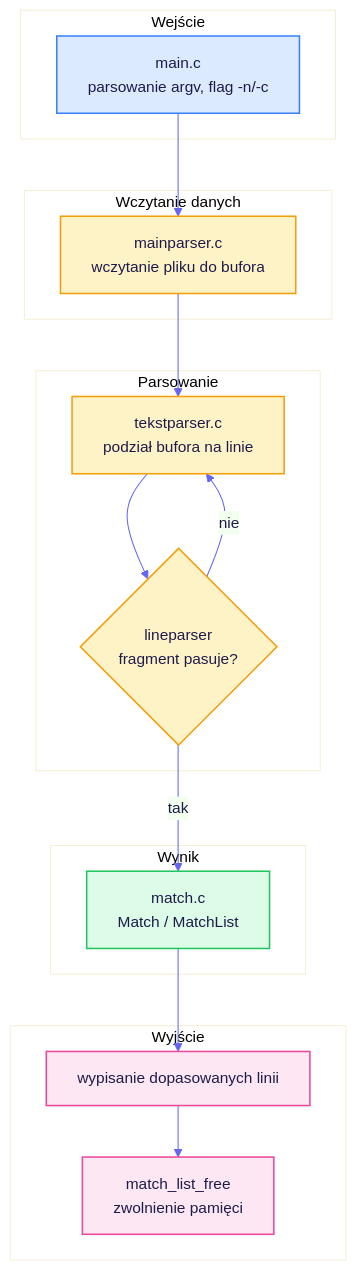
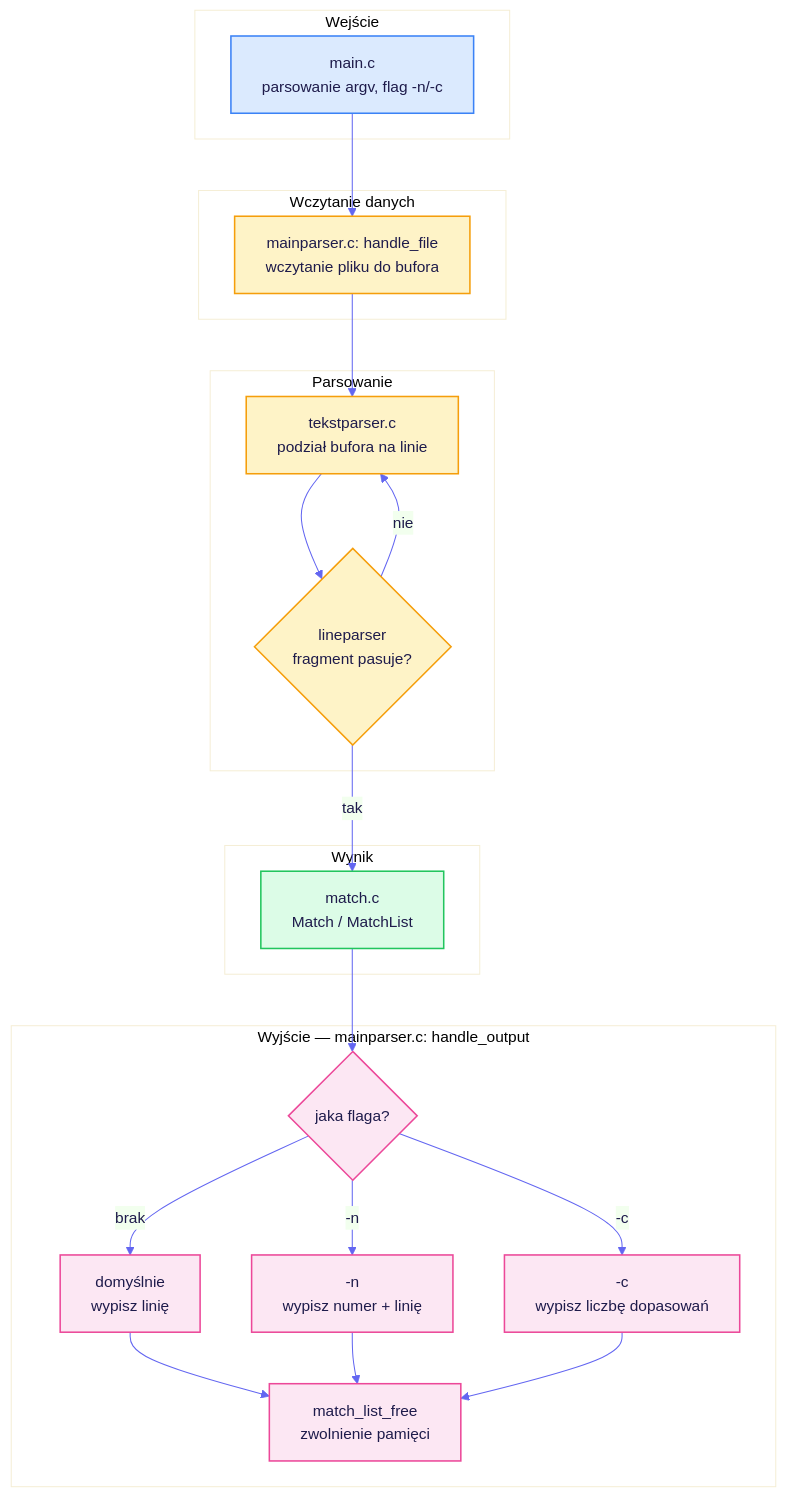
Before and after one commit to marotox123/meep: the second of 2 diagrams in README.md, drawn with Mermaid. The commit also changed other lines of this file and 1 other file, not shown here.

Commit message:
Zaimplementuj obsługę flag -n/-c i zaktualizuj README
mainparser.c: podział na handle_file (wczytanie pliku) i handle_output
(wypisywanie wyników zależne od flagi), przesunięcie argv o flagę.
README: opis użycia flag -n/-c i zaktualizowany diagram przepływu.

````diff
--- a/README.md
+++ b/README.md
@@ -99,46 +99,52 @@
 ```mermaid
 %%{init: {"theme": "base", "themeVariables": {
   "primaryColor": "#eef2ff",
   "primaryBorderColor": "#6366f1",
   "primaryTextColor": "#1e1b4b",
   "lineColor": "#6366f1",
   "fontSize": "15px"
 }}}%%
 flowchart TD
     subgraph IN["Wejście"]
         A["main.c<br/>parsowanie argv, flag -n/-c"]
     end
 
     subgraph READ["Wczytanie danych"]
-        B["mainparser.c<br/>wczytanie pliku do bufora"]
+        B["mainparser.c: handle_file<br/>wczytanie pliku do bufora"]
     end
 
     subgraph PARSE["Parsowanie"]
         C["tekstparser.c<br/>podział bufora na linie"]
         D{"lineparser<br/>fragment pasuje?"}
     end
 
     subgraph STORE["Wynik"]
         E["match.c<br/>Match / MatchList"]
     end
 
-    subgraph OUT["Wyjście"]
-        F["wypisanie dopasowanych linii"]
+    subgraph OUT["Wyjście — mainparser.c: handle_output"]
+        F{"jaka flaga?"}
+        F1["domyślnie<br/>wypisz linię"]
+        F2["-n<br/>wypisz numer + linię"]
+        F3["-c<br/>wypisz liczbę dopasowań"]
         G["match_list_free<br/>zwolnienie pamięci"]
     end
 
     A --> B --> C --> D
     D -- tak --> E
     D -- nie --> C
-    E --> F --> G
+    E --> F
+    F -- brak --> F1 --> G
+    F -- "-n" --> F2 --> G
+    F -- "-c" --> F3 --> G
 
     classDef input fill:#dbeafe,stroke:#3b82f6,stroke-width:1.5px;
     classDef parse fill:#fef3c7,stroke:#f59e0b,stroke-width:1.5px;
     classDef store fill:#dcfce7,stroke:#22c55e,stroke-width:1.5px;
     classDef output fill:#fce7f3,stroke:#ec4899,stroke-width:1.5px;
 
     class A input;
     class B,C,D parse;
     class E store;
-    class F,G output;
+    class F,F1,F2,F3,G output;
 ```
````
